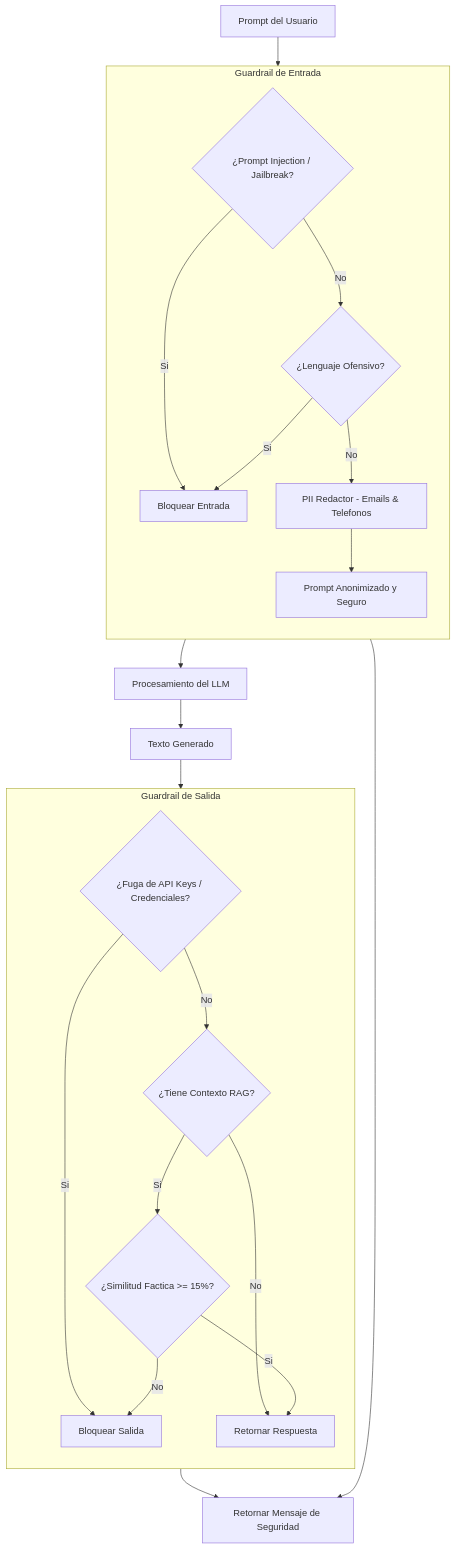
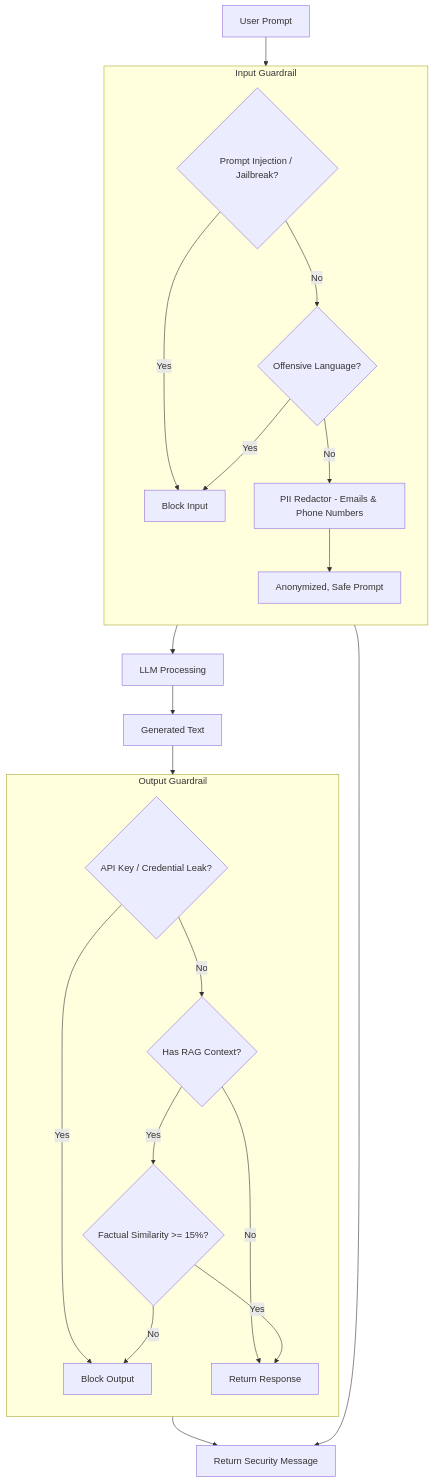
Before and after one commit to juanmmm21/llm-guardrails-shield: the diagram in README.md, drawn with Mermaid. The commit also changed other lines of this file, not shown here.

````diff
--- a/README.md
+++ b/README.md
@@ -11,30 +11,30 @@
 ```mermaid
 flowchart TD
-    RawPrompt[Prompt del Usuario] --> InputShield[Input Safeguards]
+    RawPrompt[User Prompt] --> InputShield[Input Safeguards]
     
-    subgraph InputShield [Guardrail de Entrada]
+    subgraph InputShield [Input Guardrail]
         direction TB
-        InjectionCheck{¿Prompt Injection / Jailbreak?} -->|Si| BlockInput[Bloquear Entrada]
-        InjectionCheck -->|No| ToxicityCheck{¿Lenguaje Ofensivo?}
-        ToxicityCheck -->|Si| BlockInput
-        ToxicityCheck -->|No| PIIRedact[PII Redactor - Emails & Telefonos]
-        PIIRedact --> CleanPrompt[Prompt Anonimizado y Seguro]
+        InjectionCheck{Prompt Injection / Jailbreak?} -->|Yes| BlockInput[Block Input]
+        InjectionCheck -->|No| ToxicityCheck{Offensive Language?}
+        ToxicityCheck -->|Yes| BlockInput
+        ToxicityCheck -->|No| PIIRedact[PII Redactor - Emails & Phone Numbers]
+        PIIRedact --> CleanPrompt[Anonymized, Safe Prompt]
     end
     
-    CleanPrompt --> LLM[Procesamiento del LLM]
-    LLM --> RawOutput[Texto Generado]
+    CleanPrompt --> LLM[LLM Processing]
+    LLM --> RawOutput[Generated Text]
     RawOutput --> OutputShield[Output Safeguards]
     
-    subgraph OutputShield [Guardrail de Salida]
+    subgraph OutputShield [Output Guardrail]
         direction TB
-        SecretCheck{¿Fuga de API Keys / Credenciales?} -->|Si| BlockOutput[Bloquear Salida]
-        SecretCheck -->|No| RAGCheck{¿Tiene Contexto RAG?}
-        RAGCheck -->|No| ReturnSafe[Retornar Respuesta]
-        RAGCheck -->|Si| FactCheck{¿Similitud Factica >= 15%?}
+        SecretCheck{API Key / Credential Leak?} -->|Yes| BlockOutput[Block Output]
+        SecretCheck -->|No| RAGCheck{Has RAG Context?}
+        RAGCheck -->|No| ReturnSafe[Return Response]
+        RAGCheck -->|Yes| FactCheck{Factual Similarity >= 15%?}
         FactCheck -->|No| BlockOutput
-        FactCheck -->|Si| ReturnSafe
+        FactCheck -->|Yes| ReturnSafe
     end
     
-    BlockInput --> ErrorResponse[Retornar Mensaje de Seguridad]
+    BlockInput --> ErrorResponse[Return Security Message]
     BlockOutput --> ErrorResponse
 ```
````
